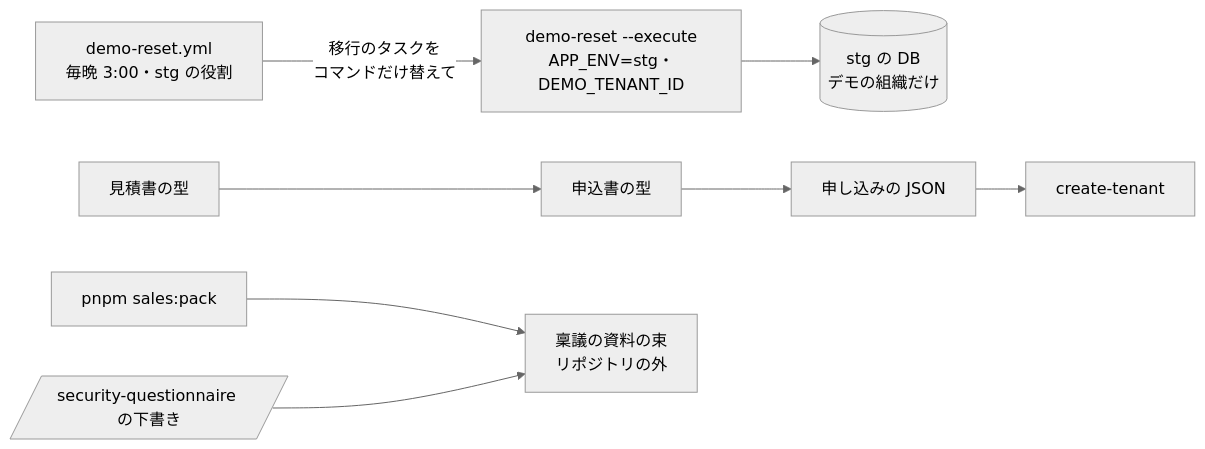
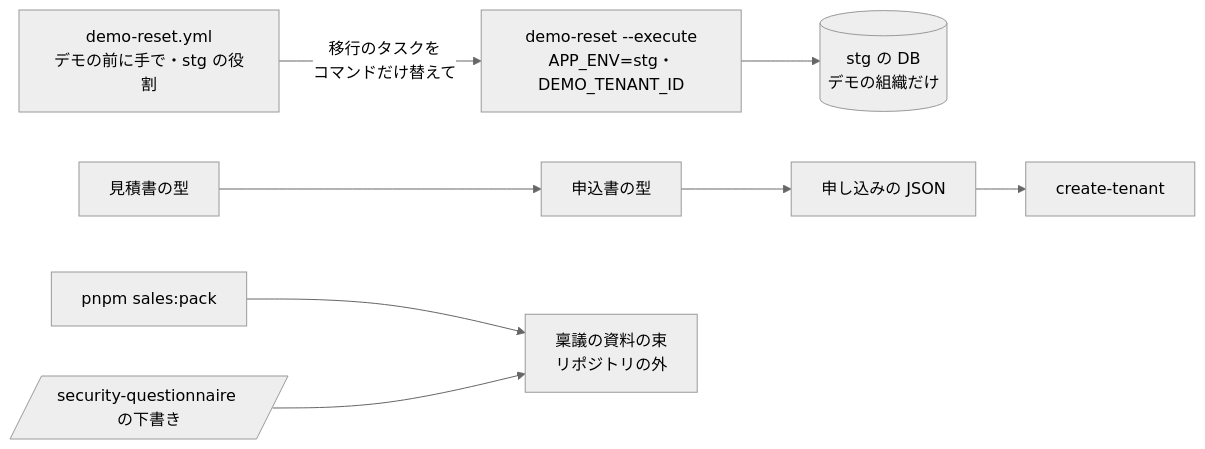
Before and after one commit to attumkwg/software-factory-starter: the diagram in docs/designs/0053-sales-kit.md, drawn with Mermaid (neutral theme). The commit also changed other lines of this file and 11 other files, not shown here.

````diff
--- a/docs/designs/0053-sales-kit.md
+++ b/docs/designs/0053-sales-kit.md
@@ -12,8 +12,8 @@
 ```mermaid
 flowchart LR
-  W[demo-reset.yml<br/>毎晩 3:00・stg の役割] -->|移行のタスクを<br/>コマンドだけ替えて| C[demo-reset --execute<br/>APP_ENV=stg・DEMO_TENANT_ID]
+  W[demo-reset.yml<br/>デモの前に手で・stg の役割] -->|移行のタスクを<br/>コマンドだけ替えて| C[demo-reset --execute<br/>APP_ENV=stg・DEMO_TENANT_ID]
   C --> D[(stg の DB<br/>デモの組織だけ)]
   Q[見積書の型] --> O[申込書の型] --> J[申し込みの JSON] --> T[create-tenant]
   P[pnpm sales:pack] --> R[稟議の資料の束<br/>リポジトリの外]
   S[/security-questionnaire の下書き/] --> R
 ```
````
